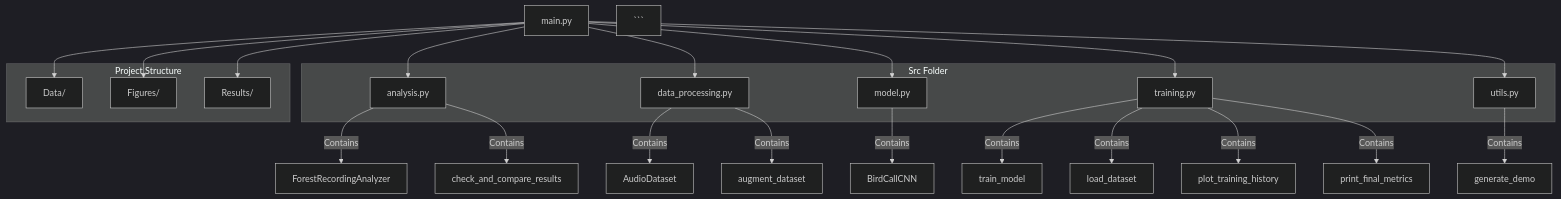
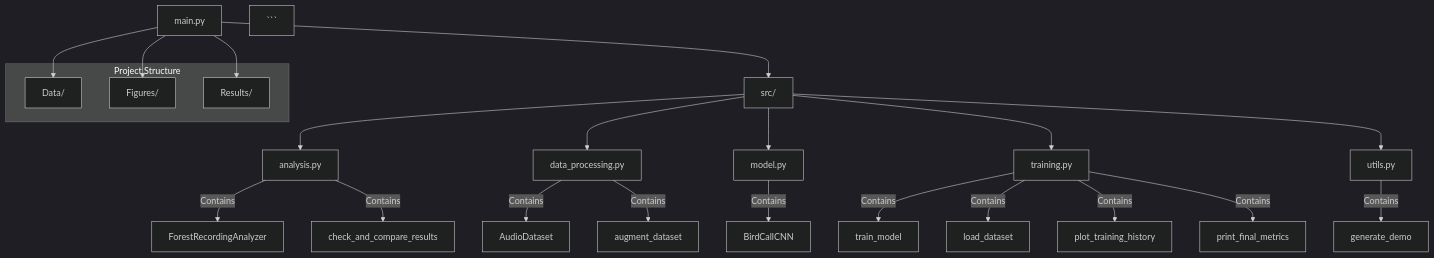
Before and after one commit to alexneilgreen/Signal-Separation-and-Classification-in-Noisy-Environments-with-Machine-Learning: the diagram in README.md, drawn with Mermaid (dark theme).

Commit message:
README.md Mermaid Update Again

`````diff
--- a/README.md
+++ b/README.md
@@ -1,44 +1,38 @@
 ````mermaid
 graph TD
     A[main.py]
 
-    subgraph Src Folder
-        B[analysis.py]
-        C[data_processing.py]
-        D[model.py]
-        E[training.py]
-        F[utils.py]
+    subgraph Project Structure
+        B[Data/]
+        C[Figures/]
+        D[Results/]
     end
 
     A --> B
     A --> C
     A --> D
-    A --> E
-    A --> F
 
-    subgraph Project Structure
-        G[Data/]
-        H[Figures/]
-        I[Results/]
-    end
+    A --> E[src/]
 
-    A --> G
-    A --> H
-    A --> I
+    E --> F[analysis.py]
+    E --> G[data_processing.py]
+    E --> H[model.py]
+    E --> I[training.py]
+    E --> J[utils.py]
 
-    B --> |Contains| BFA[ForestRecordingAnalyzer]
-    B --> |Contains| BFB[check_and_compare_results]
+    F --> |Contains| BFA[ForestRecordingAnalyzer]
+    F --> |Contains| BFB[check_and_compare_results]
 
-    C --> |Contains| CDA[AudioDataset]
-    C --> |Contains| CDB[augment_dataset]
+    G --> |Contains| CDA[AudioDataset]
+    G --> |Contains| CDB[augment_dataset]
 
-    D --> |Contains| DBM[BirdCallCNN]
+    H --> |Contains| DBM[BirdCallCNN]
 
-    E --> |Contains| EFT[train_model]
-    E --> |Contains| EFL[load_dataset]
-    E --> |Contains| EFP[plot_training_history]
-    E --> |Contains| EFM[print_final_metrics]
+    I --> |Contains| EFT[train_model]
+    I --> |Contains| EFL[load_dataset]
+    I --> |Contains| EFP[plot_training_history]
+    I --> |Contains| EFM[print_final_metrics]
 
-    F --> |Contains| FGD[generate_demo]
+    J --> |Contains| FGD[generate_demo]
     ```
 ````
`````
